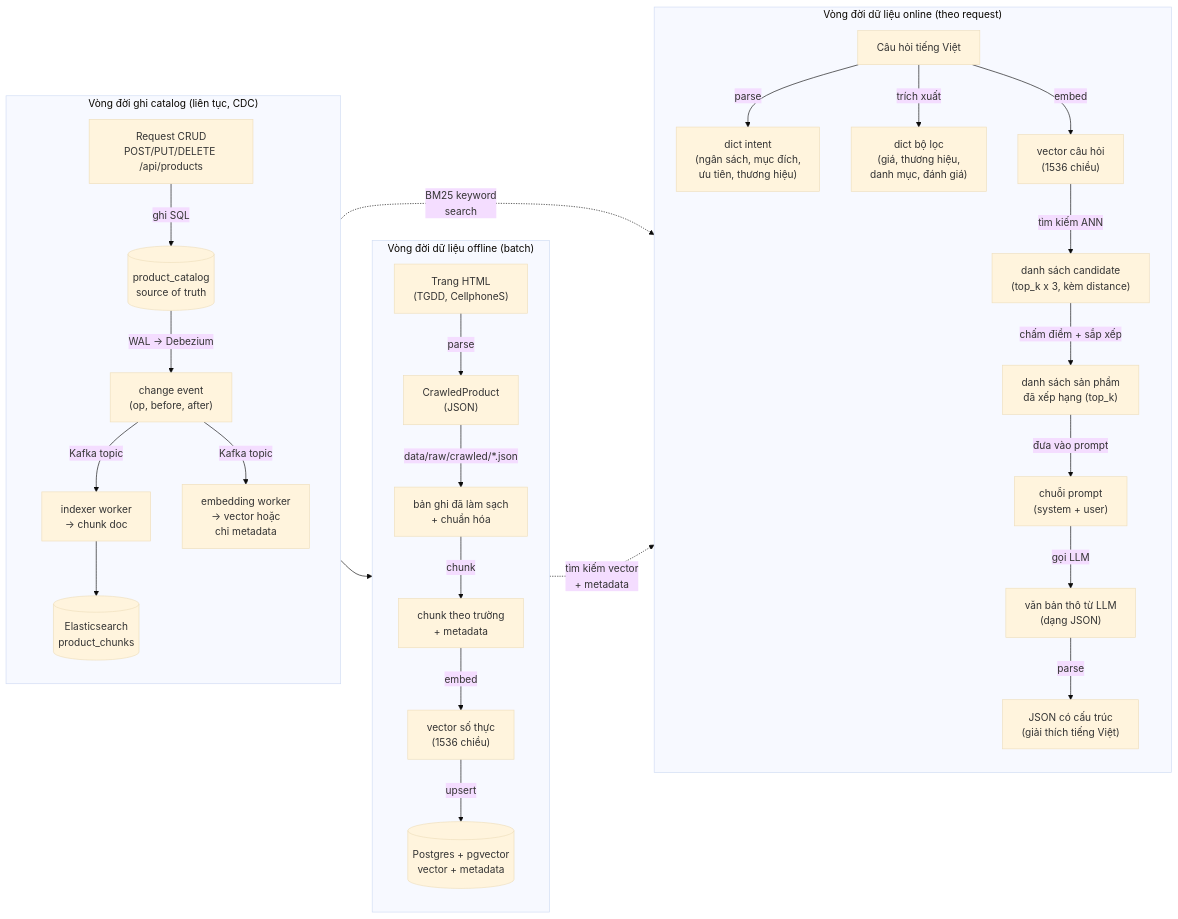
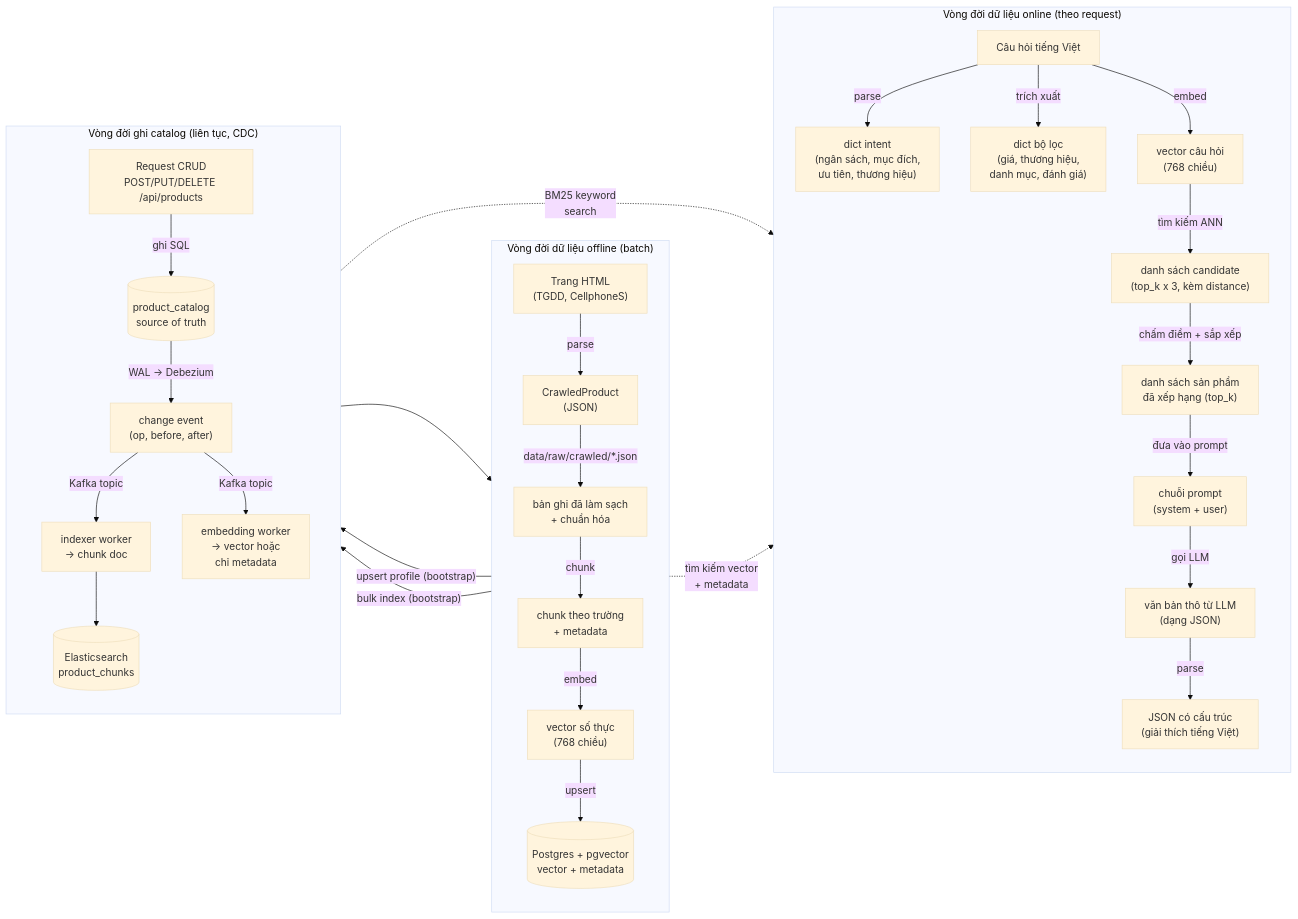
Before and after one commit to nxhawk/techscout-rag-recommend: the diagram in docs/architecture/data-flow.vi.md, drawn with Mermaid (base theme). The commit also changed other lines of this file and 1 other file, not shown here.

Commit message:
fix: update vector dimensions in data flow documentation
- Changed vector dimensions from 1536-dim to 768-dim for both product and query embeddings in the data flow diagrams.
- Updated related documentation sections to reflect the new embedding model specifications.
- Enhanced Vietnamese translations to ensure consistency with the updated English documentation.

````diff
--- a/docs/architecture/data-flow.vi.md
+++ b/docs/architecture/data-flow.vi.md
@@ -7,36 +7,38 @@
 ```mermaid
 flowchart LR
     subgraph Offline["Vòng đời dữ liệu offline (batch)"]
         direction TB
         A["Trang HTML\n(TGDD, CellphoneS)"] -->|"parse"| B["CrawledProduct\n(JSON)"]
         B -->|"data/raw/crawled/*.json"| C["bản ghi đã làm sạch\n+ chuẩn hóa"]
         C -->|"chunk"| D["chunk theo trường\n+ metadata"]
-        D -->|"embed"| E["vector số thực\n(1536 chiều)"]
+        D -->|"embed"| E["vector số thực\n(768 chiều)"]
         E -->|"upsert"| F[("Postgres + pgvector\nvector + metadata")]
     end
 
     subgraph Online["Vòng đời dữ liệu online (theo request)"]
         direction TB
         Q["Câu hỏi tiếng Việt"] -->|"parse"| I["dict intent\n(ngân sách, mục đích,\nưu tiên, thương hiệu)"]
         Q -->|"trích xuất"| J["dict bộ lọc\n(giá, thương hiệu,\ndanh mục, đánh giá)"]
-        Q -->|"embed"| K["vector câu hỏi\n(1536 chiều)"]
+        Q -->|"embed"| K["vector câu hỏi\n(768 chiều)"]
         K -->|"tìm kiếm ANN"| L["danh sách candidate\n(top_k x 3, kèm distance)"]
         L -->|"chấm điểm + sắp xếp"| M["danh sách sản phẩm\nđã xếp hạng (top_k)"]
         M -->|"đưa vào prompt"| N["chuỗi prompt\n(system + user)"]
         N -->|"gọi LLM"| O["văn bản thô từ LLM\n(dạng JSON)"]
         O -->|"parse"| P["JSON có cấu trúc\n(giải thích tiếng Việt)"]
     end
 
     subgraph CDC["Vòng đời ghi catalog (liên tục, CDC)"]
         direction TB
         W["Request CRUD\nPOST/PUT/DELETE /api/products"] -->|"ghi SQL"| G[("product_catalog\nsource of truth")]
         G -->|"WAL → Debezium"| H["change event\n(op, before, after)"]
         H -->|"Kafka topic"| W1["indexer worker\n→ chunk doc"]
         H -->|"Kafka topic"| W2["embedding worker\n→ vector hoặc\nchỉ metadata"]
         W1 --> ES[("Elasticsearch\nproduct_chunks")]
         W2 --> F
     end
 
+    C -->|"upsert profile (bootstrap)"| G
+    D -->|"bulk index (bootstrap)"| ES
     F -.->|"tìm kiếm vector\n+ metadata"| L
     ES -.->|"BM25 keyword\nsearch"| L
 ```
````
